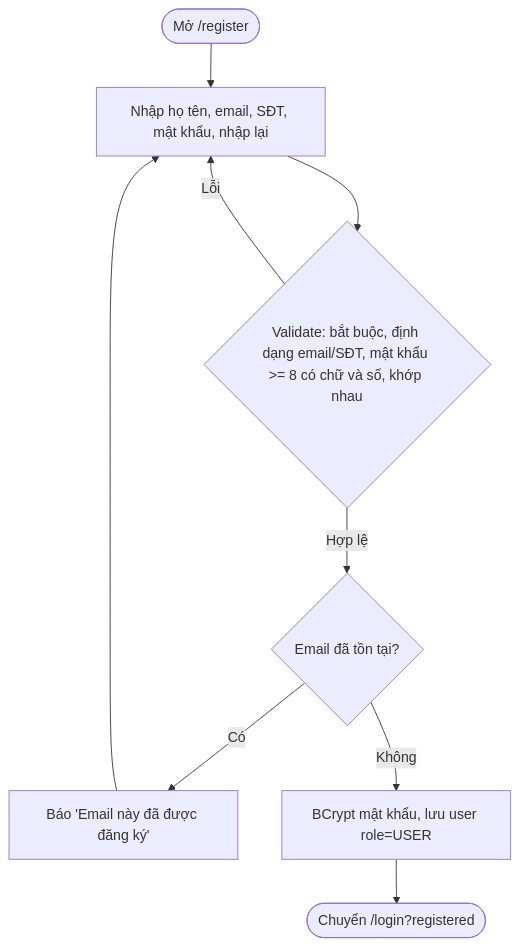
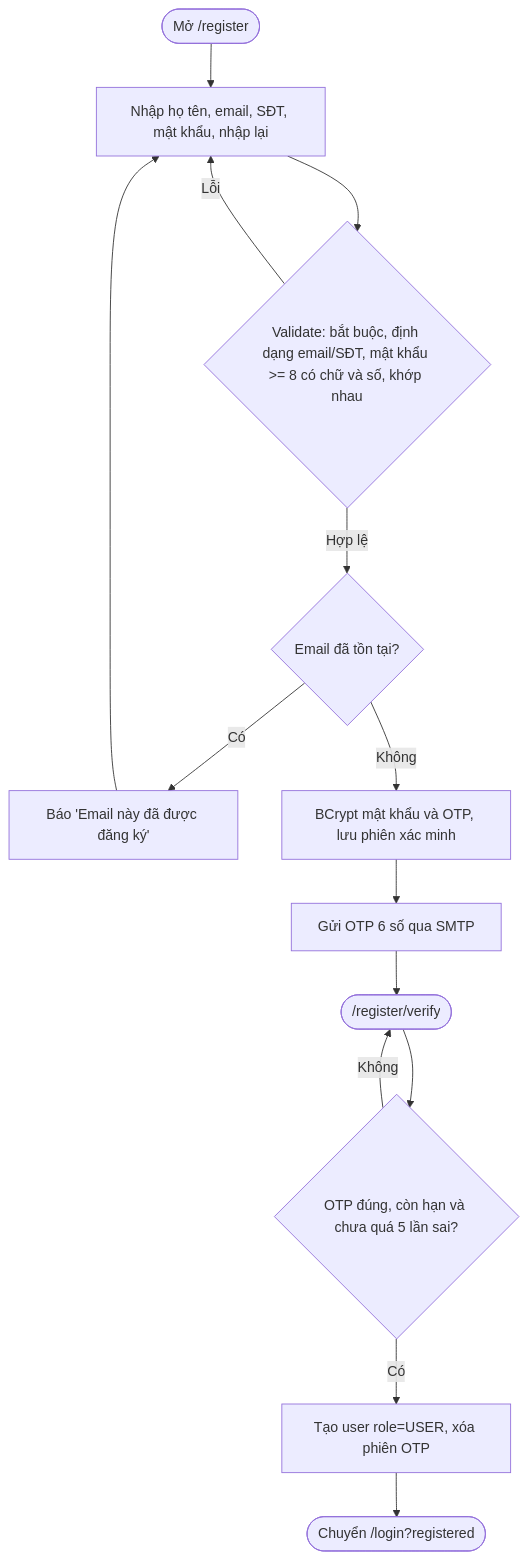
One commit to LamNhatAn/09_Final changed the second of 3 diagrams in docs/03-auth.md. Above: the diagram before and after it, drawn with Mermaid. The commit also changed other lines of this file and 33 other files, not shown here.

````diff
--- a/docs/03-auth.md
+++ b/docs/03-auth.md
@@ -44,10 +46,15 @@
 ```mermaid
 flowchart TD
     A([Mở /register]) --> B[Nhập họ tên, email, SĐT, mật khẩu, nhập lại]
     B --> C{Validate: bắt buộc, định dạng email/SĐT, mật khẩu >= 8 có chữ và số, khớp nhau}
     C -- Lỗi --> B
     C -- Hợp lệ --> D{Email đã tồn tại?}
     D -- Có --> E[Báo 'Email này đã được đăng ký'] --> B
-    D -- Không --> F[BCrypt mật khẩu, lưu user role=USER]
-    F --> G([Chuyển /login?registered])
+    D -- Không --> F[BCrypt mật khẩu và OTP, lưu phiên xác minh]
+    F --> G[Gửi OTP 6 số qua SMTP]
+    G --> H([/register/verify])
+    H --> I{OTP đúng, còn hạn và chưa quá 5 lần sai?}
+    I -- Không --> H
+    I -- Có --> J[Tạo user role=USER, xóa phiên OTP]
+    J --> K([Chuyển /login?registered])
 ```
````
